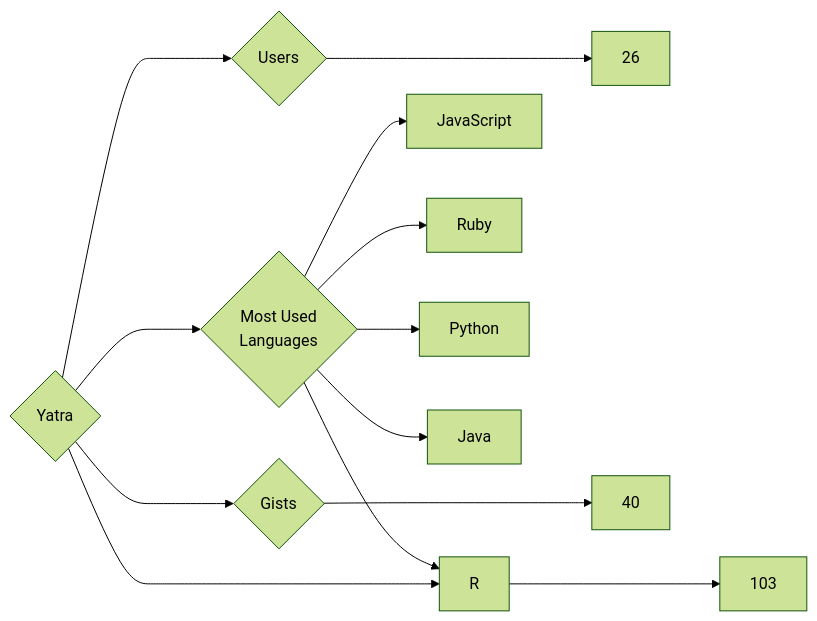
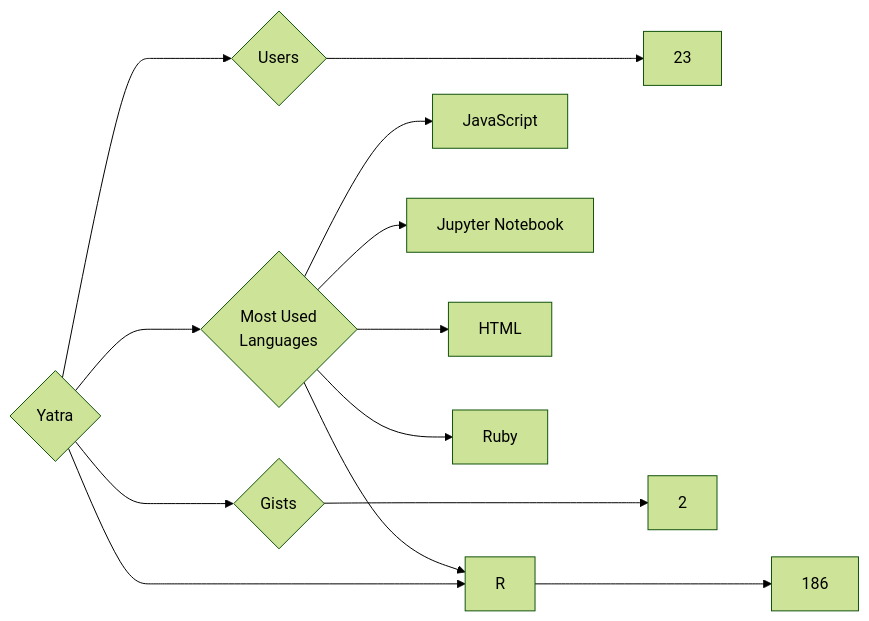
The diagram in targets/Yatra/README.md (trickest/insiders), drawn with Mermaid (forest theme) before and after one commit. The commit also changed 912 other files, not shown here.

````diff
--- a/targets/Yatra/README.md
+++ b/targets/Yatra/README.md
@@ -3,13 +3,13 @@
 ```mermaid
 graph LR
 COMPANY_NAME{Yatra}
-COMPANY_NAME ---> U{Users} ---> UN[26]
-COMPANY_NAME ---> R{Repositories} ---> RN[103]
-COMPANY_NAME ---> G{Gists} ---> GN[40]
+COMPANY_NAME ---> U{Users} ---> UN[23]
+COMPANY_NAME ---> R{Repositories} ---> RN[186]
+COMPANY_NAME ---> G{Gists} ---> GN[2]
 COMPANY_NAME ---> ML{Most Used<br>Languages}
 ML --> JavaScript[JavaScript]
+ML --> Jupyter_Notebook[Jupyter Notebook]
+ML --> HTML[HTML]
+ML --> R[R]
 ML --> Ruby[Ruby]
-ML --> Python[Python]
-ML --> R[R]
-ML --> Java[Java]
 ```
````
